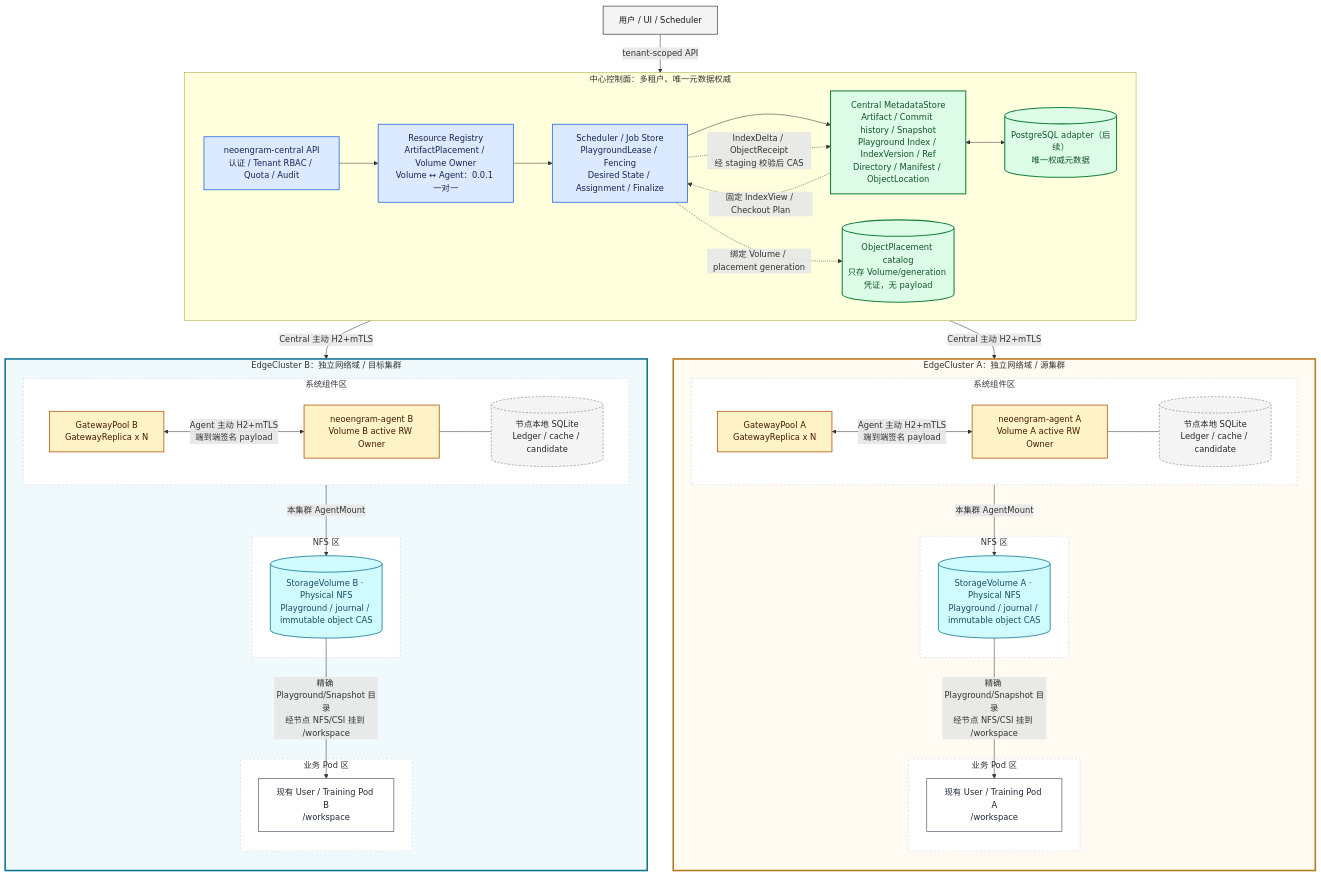
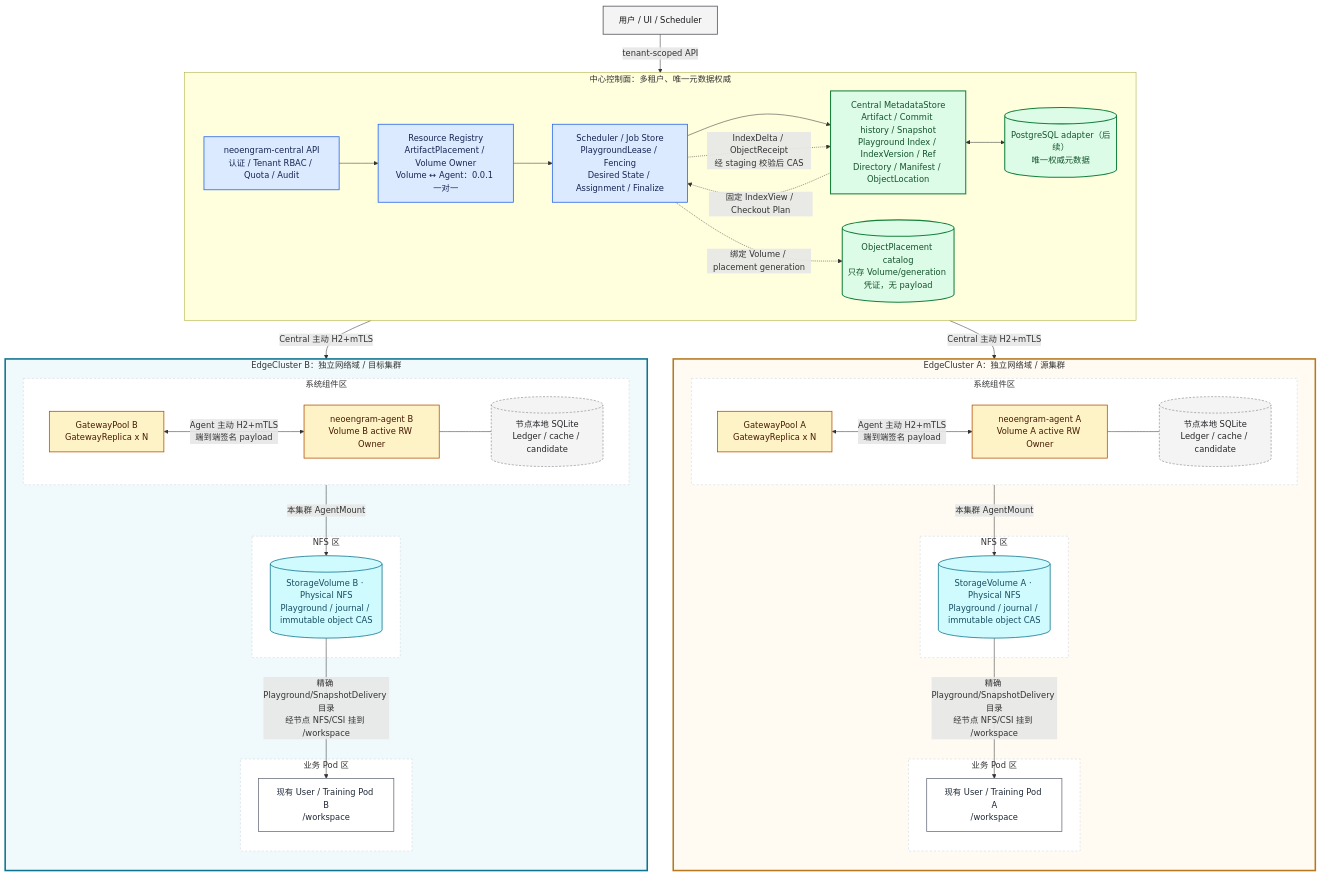
Before and after one commit to kwsc98/neoengram: the diagram in docs/architecture/control-plane.md, drawn with Mermaid. The commit also changed other lines of this file and 153 other files, not shown here.

```diff
--- a/docs/architecture/control-plane.md
+++ b/docs/architecture/control-plane.md
@@ -404,7 +409,7 @@
             POD_A["现有 User / Training Pod A<br/>/workspace"]
         end
         AGENT_A -->|"本集群 AgentMount"| NFS_A
-        NFS_A -->|"精确 Playground/Snapshot 目录<br/>经节点 NFS/CSI 挂到 /workspace"| POD_A
+        NFS_A -->|"精确 Playground/SnapshotDelivery 目录<br/>经节点 NFS/CSI 挂到 /workspace"| POD_A
     end
 
     subgraph CLUSTER_B["EdgeCluster B：独立网络域 / 目标集群"]
@@ -423,7 +428,7 @@
             POD_B["现有 User / Training Pod B<br/>/workspace"]
         end
         AGENT_B -->|"本集群 AgentMount"| NFS_B
-        NFS_B -->|"精确 Playground/Snapshot 目录<br/>经节点 NFS/CSI 挂到 /workspace"| POD_B
+        NFS_B -->|"精确 Playground/SnapshotDelivery 目录<br/>经节点 NFS/CSI 挂到 /workspace"| POD_B
     end
 
     USER -->|"tenant-scoped API"| API
```
